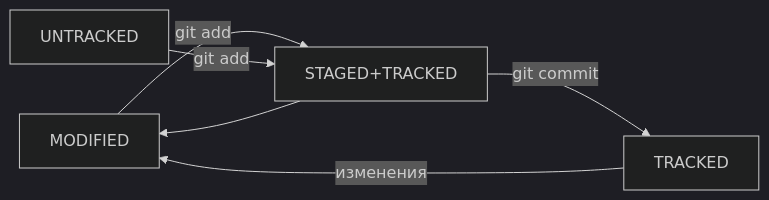
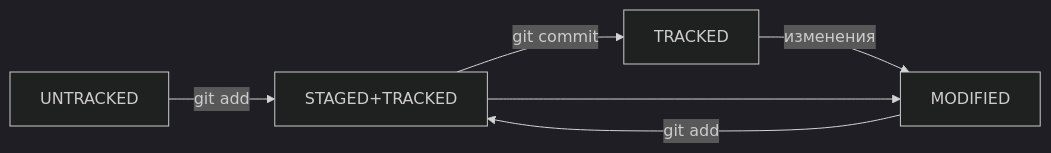
The diagram in README.md (myakunovre/Git-for-World), drawn with Mermaid (dark theme) before and after one commit. The commit also changed other lines of this file, not shown here.

Commit message:
Изменен порядок строк в коде схемы mermaid (еще раз)

````diff
--- a/README.md
+++ b/README.md
@@ -183,8 +183,8 @@
 ```mermaid
 graph LR;
-MODIFIED--"git add"-->STAGED+TRACKED;
+UNTRACKED--"git add"-->STAGED+TRACKED;
 STAGED+TRACKED--"git commit"-->TRACKED;
 TRACKED--"изменения"-->MODIFIED;
-UNTRACKED--"git add"-->STAGED+TRACKED;
+MODIFIED--"git add"-->STAGED+TRACKED;
 STAGED+TRACKED-->MODIFIED;
 ```
````
